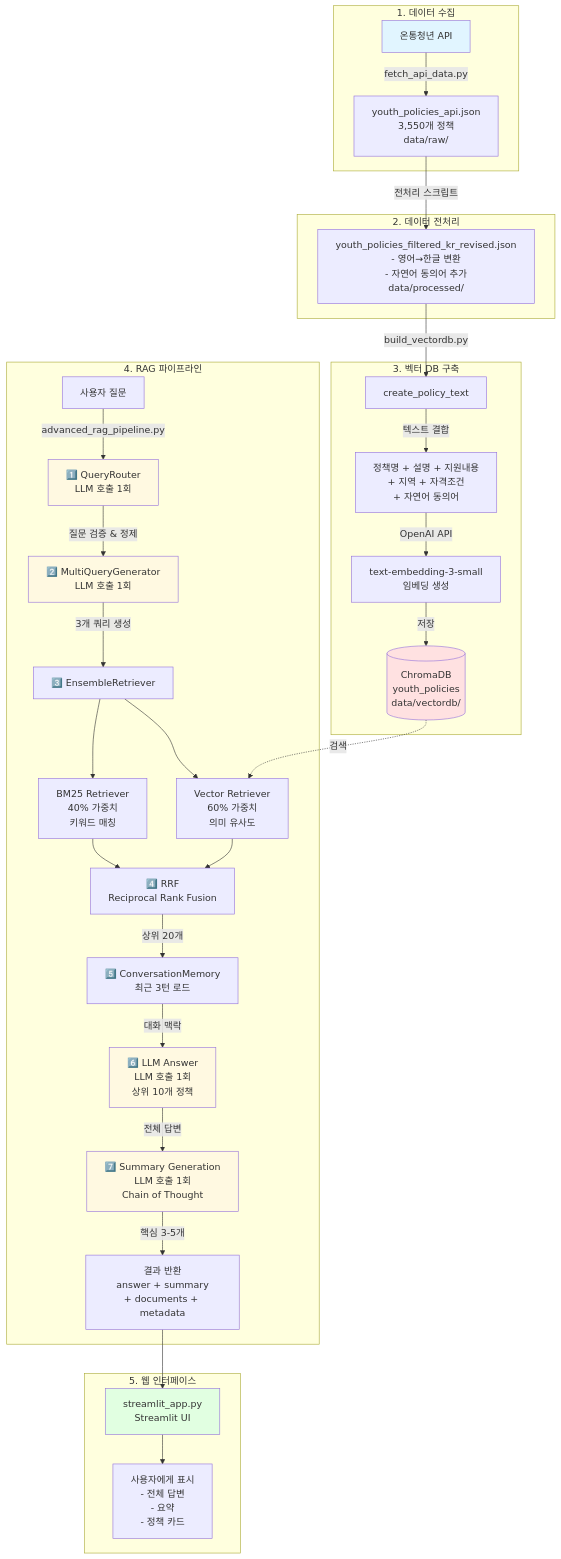
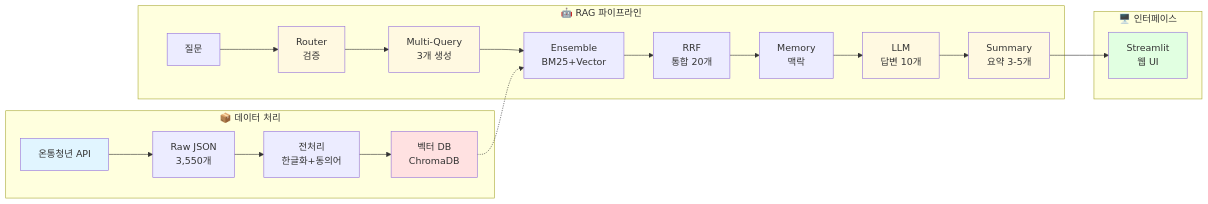
The diagram in README.md (SKNETWORKS-FAMILY-AICAMP/SKN20-3rd-1TEAM), drawn with Mermaid before and after one commit. The commit also changed other lines of this file, not shown here.

Commit message:
리드미 수정

````diff
--- a/README.md
+++ b/README.md
@@ -3,48 +3,31 @@
 ```mermaid
-graph TB
-    subgraph "1. 데이터 수집"
-        A[온통청년 API] -->|fetch_api_data.py| B[youth_policies_api.json<br/>3,550개 정책<br/>data/raw/]
+graph LR
+    subgraph Data["📦 데이터 처리"]
+        A[온통청년 API] --> B[Raw JSON<br/>3,550개]
+        B --> C[전처리<br/>한글화+동의어]
+        C --> D[벡터 DB<br/>ChromaDB]
     end
     
-    subgraph "2. 데이터 전처리"
-        B -->|전처리 스크립트| C[youth_policies_filtered_kr_revised.json<br/>- 영어→한글 변환<br/>- 자연어 동의어 추가<br/>data/processed/]
+    subgraph RAG["🤖 RAG 파이프라인"]
+        E[질문] --> F[Router<br/>검증]
+        F --> G[Multi-Query<br/>3개 생성]
+        G --> H[Ensemble<br/>BM25+Vector]
+        D -.-> H
+        H --> I[RRF<br/>통합 20개]
+        I --> J[Memory<br/>맥락]
+        J --> K[LLM<br/>답변 10개]
+        K --> L[Summary<br/>요약 3-5개]
     end
     
-    subgraph "3. 벡터 DB 구축"
-        C -->|build_vectordb.py| D[create_policy_text]
-        D -->|텍스트 결합| E[정책명 + 설명 + 지원내용<br/>+ 지역 + 자격조건<br/>+ 자연어 동의어]
-        E -->|OpenAI API| F[text-embedding-3-small<br/>임베딩 생성]
-        F -->|저장| G[(ChromaDB<br/>youth_policies<br/>data/vectordb/)]
-    end
-    
-    subgraph "4. RAG 파이프라인"
-        H[사용자 질문] -->|advanced_rag_pipeline.py| I[1️⃣ QueryRouter<br/>LLM 호출 1회]
-        I -->|질문 검증 & 정제| J[2️⃣ MultiQueryGenerator<br/>LLM 호출 1회]
-        J -->|3개 쿼리 생성| K[3️⃣ EnsembleRetriever]
-        
-        K --> L[BM25 Retriever<br/>40% 가중치<br/>키워드 매칭]
-        K --> M[Vector Retriever<br/>60% 가중치<br/>의미 유사도]
-        
-        L --> N[4️⃣ RRF<br/>Reciprocal Rank Fusion]
-        M --> N
-        G -.->|검색| M
-        
-        N -->|상위 20개| O[5️⃣ ConversationMemory<br/>최근 3턴 로드]
-        O -->|대화 맥락| P[6️⃣ LLM Answer<br/>LLM 호출 1회<br/>상위 10개 정책]
-        P -->|전체 답변| Q[7️⃣ Summary Generation<br/>LLM 호출 1회<br/>Chain of Thought]
-        Q -->|핵심 3-5개| R[결과 반환<br/>answer + summary<br/>+ documents + metadata]
-    end
-    
-    subgraph "5. 웹 인터페이스"
-        R --> S[streamlit_app.py<br/>Streamlit UI]
-        S --> T[사용자에게 표시<br/>- 전체 답변<br/>- 요약<br/>- 정책 카드]
+    subgraph UI["🖥️ 인터페이스"]
+        L --> M[Streamlit<br/>웹 UI]
     end
     
     style A fill:#e1f5ff
-    style G fill:#ffe1e1
-    style I fill:#fff9e1
-    style J fill:#fff9e1
-    style P fill:#fff9e1
-    style Q fill:#fff9e1
-    style S fill:#e1ffe1
+    style D fill:#ffe1e1
+    style F fill:#fff9e1
+    style G fill:#fff9e1
+    style K fill:#fff9e1
+    style L fill:#fff9e1
+    style M fill:#e1ffe1
 ```
````
